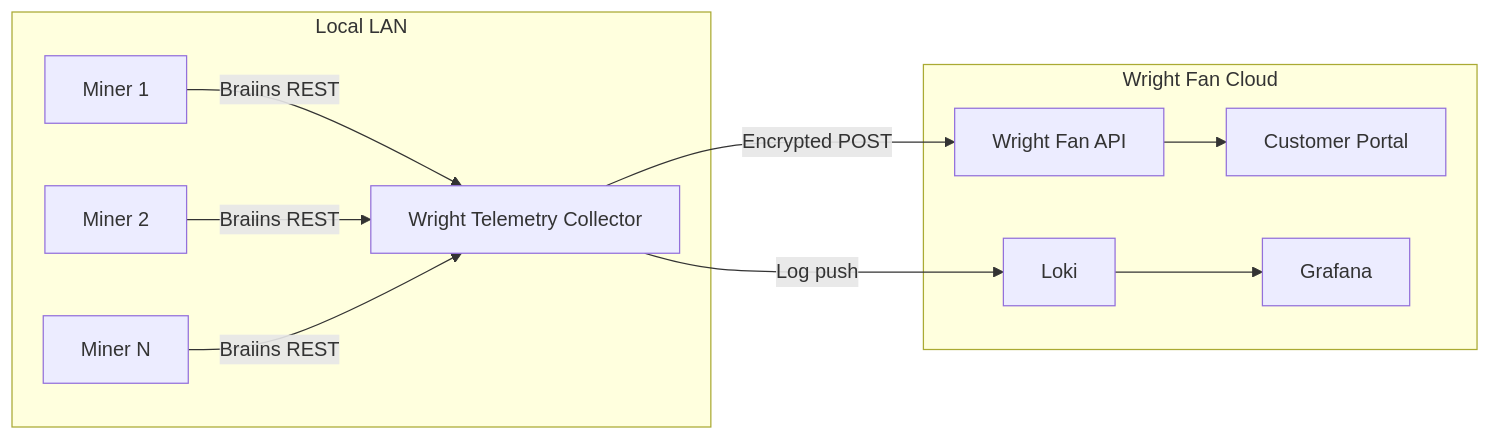
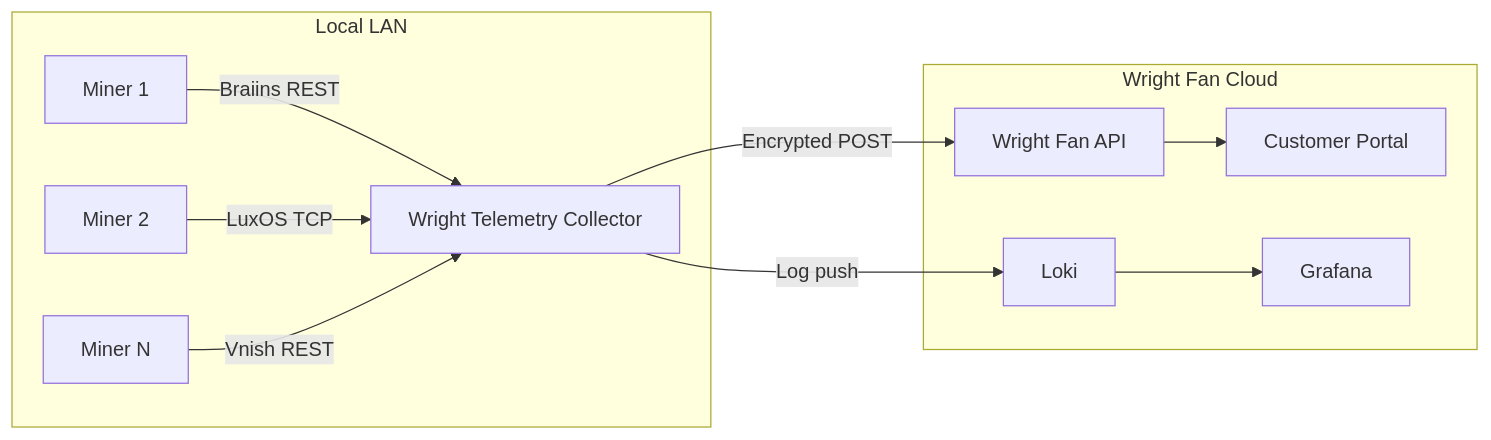
Before and after one commit to Wright-1/wright-telemetry: the first of 4 diagrams in docs/architecture.md, drawn with Mermaid. The commit also changed other lines of this file and 13 other files, not shown here.

````diff
--- a/docs/architecture.md
+++ b/docs/architecture.md
@@ -9,22 +9,22 @@
 ```mermaid
 flowchart LR
     subgraph localLAN [Local LAN]
         Miner1["Miner 1"]
         Miner2["Miner 2"]
         MinerN["Miner N"]
         Collector["Wright Telemetry Collector"]
     end
     subgraph wrightCloud [Wright Fan Cloud]
         API["Wright Fan API"]
         Portal["Customer Portal"]
         Loki["Loki"]
         Grafana["Grafana"]
     end
     Miner1 -->|"Braiins REST"| Collector
-    Miner2 -->|"Braiins REST"| Collector
-    MinerN -->|"Braiins REST"| Collector
+    Miner2 -->|"LuxOS TCP"| Collector
+    MinerN -->|"Vnish REST"| Collector
     Collector -->|"Encrypted POST"| API
     Collector -->|"Log push"| Loki
     Loki --> Grafana
     API --> Portal
 ```
````
